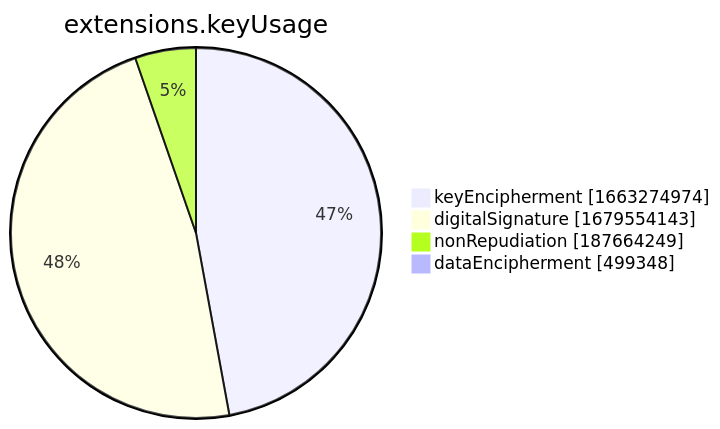
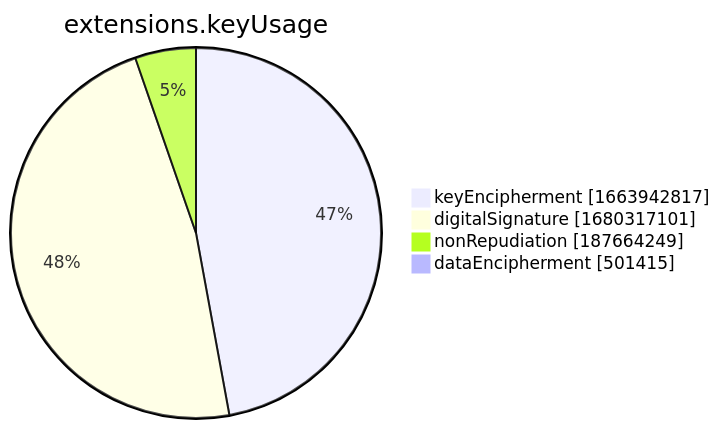
The seventh of 15 diagrams in xenon2022/README.md (christiankrug/ctmonitor_visualization), drawn with Mermaid before and after one commit. The commit also changed other lines of this file, not shown here.

````diff
--- a/xenon2022/README.md
+++ b/xenon2022/README.md
@@ -2857,8 +2857,8 @@
 ```mermaid
 pie showData
 title extensions.keyUsage
-"keyEncipherment" :1663274974
-"digitalSignature" :1679554143
+"keyEncipherment" :1663942817
+"digitalSignature" :1680317101
 "nonRepudiation" :187664249
-"dataEncipherment" :499348
+"dataEncipherment" :501415
 ```
````
